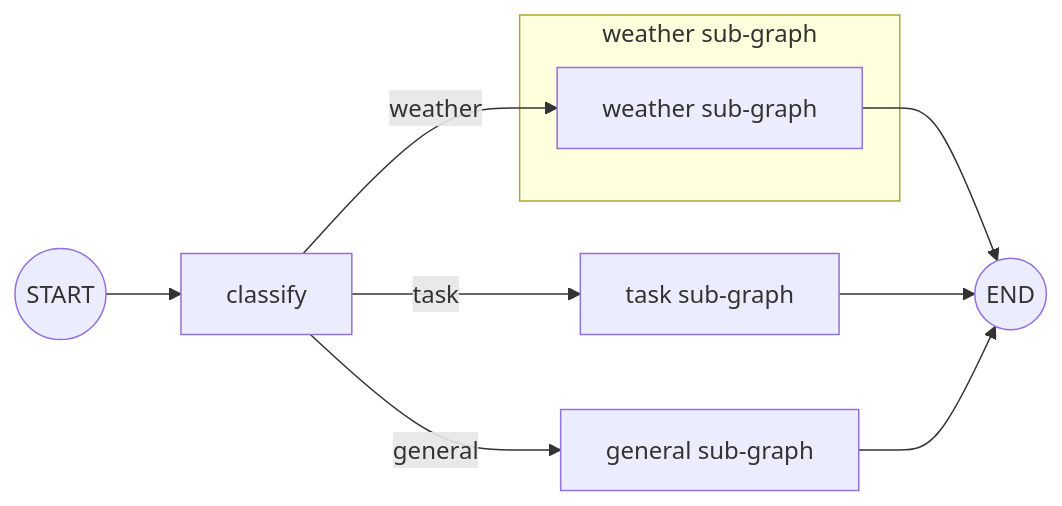
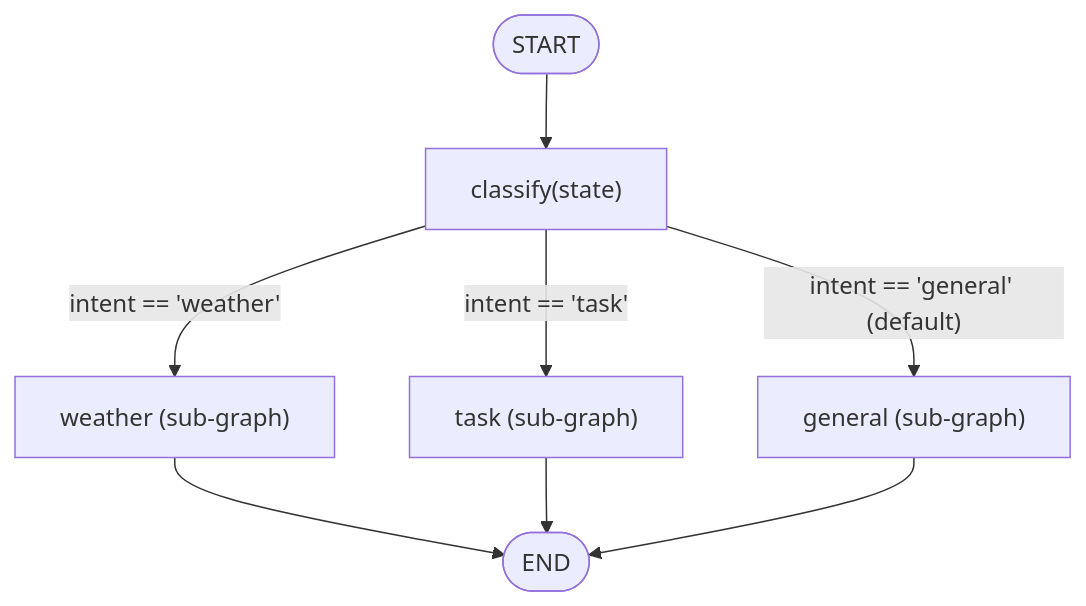
One commit to xergioalex/agent-lab changed the first of 2 diagrams in src/25_router_agent/README.md. Above: the diagram before and after it, drawn with Mermaid. The commit also changed other lines of this file and 64 other files, not shown here.

First line of the commit message:
docs(docs): premium Mermaid diagram pass on all 64 module READMEs

````diff
--- a/src/25_router_agent/README.md
+++ b/src/25_router_agent/README.md
@@ -42,14 +42,10 @@
 ```mermaid
-graph LR
-    START((START)) --> classify[classify]
-    classify -->|weather| W[weather sub-graph]
-    classify -->|task| T[task sub-graph]
-    classify -->|general| G[general sub-graph]
-    W --> END((END))
-    T --> END
-    G --> END
-
-    subgraph "weather sub-graph"
-        W
-    end
+flowchart TD
+    START([START]) --> classify["classify(state)"]
+    classify -->|"intent == 'weather'"| weather["weather (sub-graph)"]
+    classify -->|"intent == 'task'"| task["task (sub-graph)"]
+    classify -->|"intent == 'general' (default)"| general["general (sub-graph)"]
+    weather --> END([END])
+    task --> END
+    general --> END
 ```
````
